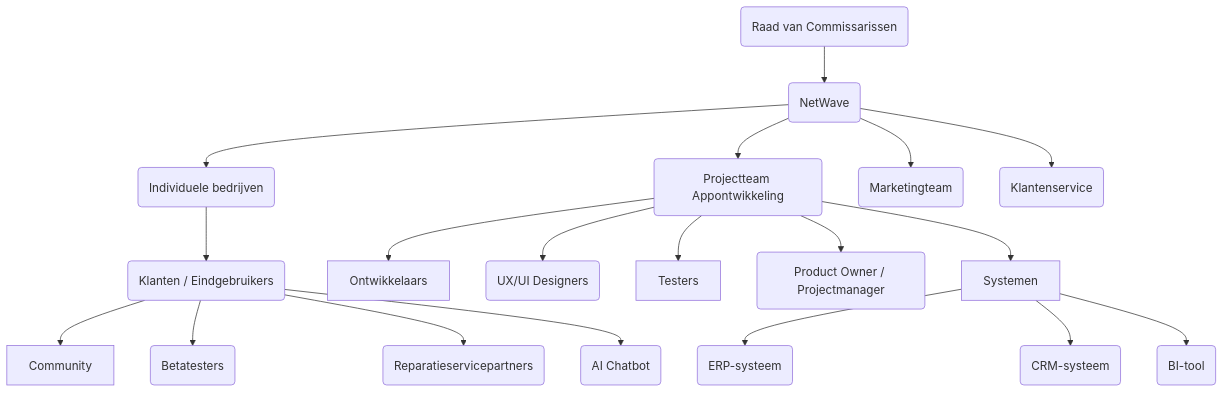
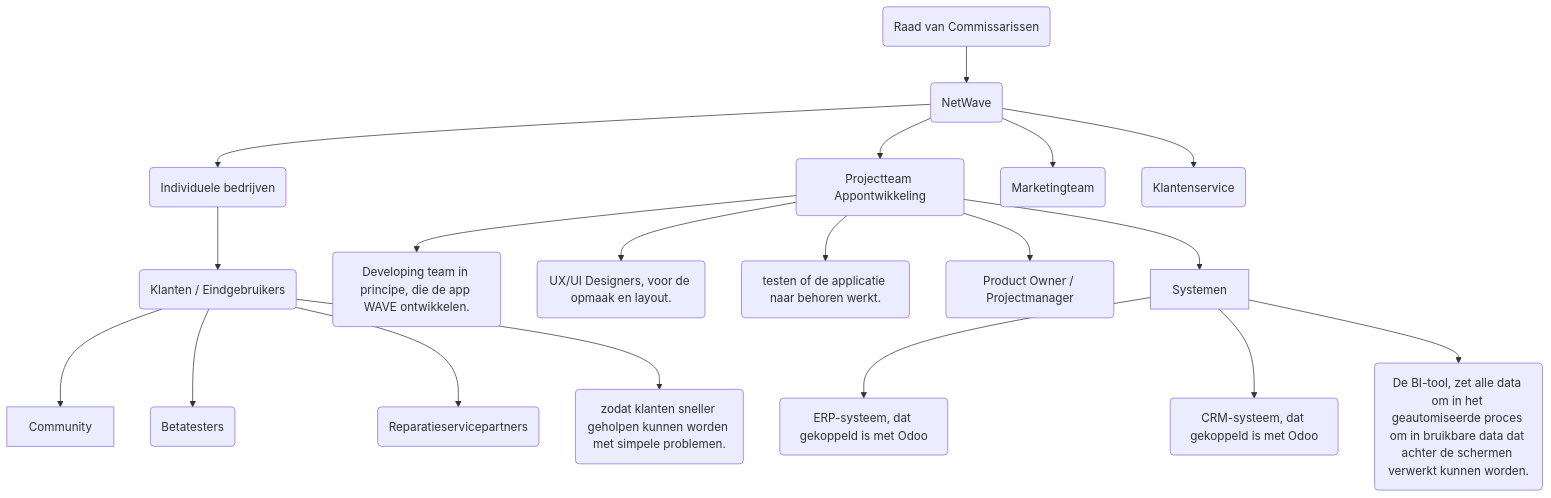
One commit to JasonTomeij/NetWave changed the first of 3 diagrams in Introductie.MD. Above: the diagram before and after it, drawn with Mermaid. The commit also changed other lines of this file, not shown here.

````diff
--- a/Introductie.MD
+++ b/Introductie.MD
@@ -34,27 +36,27 @@
 ```mermaid
 graph TD
     RvC(Raad van Commissarissen)
     RvC --> PV(NetWave)
     PV --> Bedrijven(Individuele bedrijven)
     PV --> Projectteam(Projectteam Appontwikkeling)
 
-    Projectteam --> Ontwikkelaars
-    Projectteam --> UXUI(UX/UI Designers)
-    Projectteam --> Testers
+    Projectteam --> Ontwikkelaars(Developing team in principe, die de app WAVE ontwikkelen.)
+    Projectteam --> UXUI(UX/UI Designers, voor de opmaak en layout. )
+    Projectteam --> Testers(testen of de applicatie naar behoren werkt.)
     Projectteam --> PO(Product Owner / Projectmanager)
 
     Projectteam --> Systemen
-    Systemen --> ERP(ERP-systeem)
-    Systemen --> CRM(CRM-systeem)
-    Systemen --> BI(BI-tool)
+    Systemen --> ERP(ERP-systeem, dat gekoppeld is met Odoo)
+    Systemen --> CRM(CRM-systeem, dat gekoppeld is met Odoo)
+    Systemen --> BI(De BI-tool, zet alle data om in het geautomiseerde proces om in bruikbare data dat achter de schermen verwerkt kunnen worden. )
 
     PV --> Marketing(Marketingteam)
     PV --> Support(Klantenservice)
 
     Bedrijven --> Klanten(Klanten / Eindgebruikers)
     Klanten --> Community
     Klanten --> Beta(Betatesters)
 
     Klanten --> Reparaties(Reparatieservicepartners)
-    Klanten --> Chatbot(AI Chatbot)
+    Klanten --> Chatbot(zodat klanten sneller geholpen kunnen worden met simpele problemen. )
 ```
````
